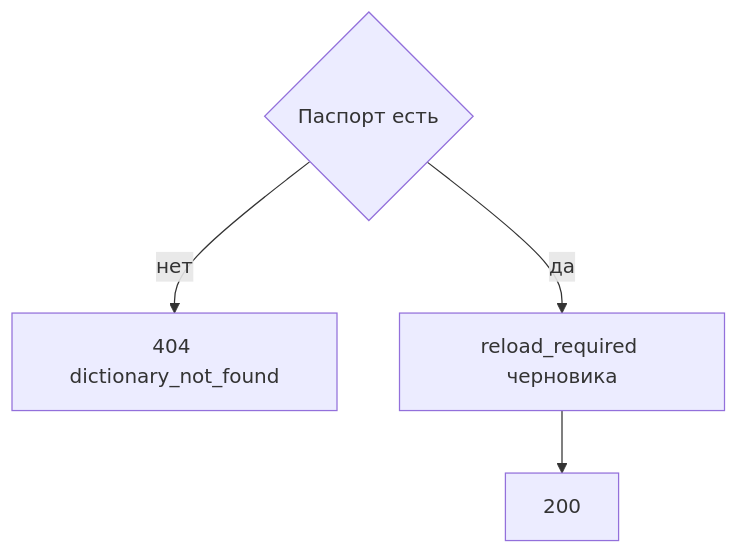
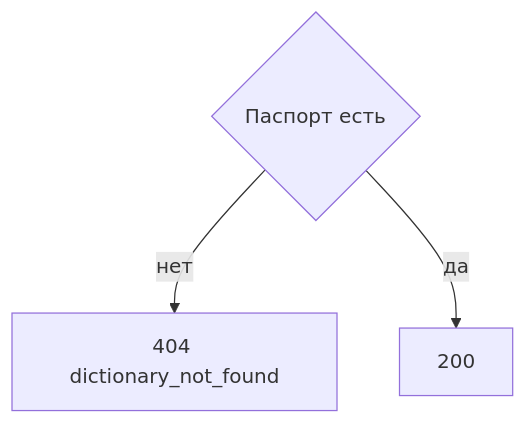
Before and after one commit to StrannikE95/reference_data: the diagram in docs/1. functional/specification/v3 - 1 таблица/api/management.api/DataController/get_dictionary.md, drawn with Mermaid. The commit also changed other lines of this file and 20 other files, not shown here.

````diff
--- a/docs/1. functional/specification/v3 - 1 таблица/api/management.api/DataController/get_dictionary.md
+++ b/docs/1. functional/specification/v3 - 1 таблица/api/management.api/DataController/get_dictionary.md
@@ -60,6 +58,5 @@
 ```mermaid
 flowchart TD
   found{"Паспорт есть"} -->|нет| miss["404 dictionary_not_found"]
-  found -->|да| flag["reload_required черновика"]
-  flag --> ok["200"]
+  found -->|да| ok["200"]
 ```
````
